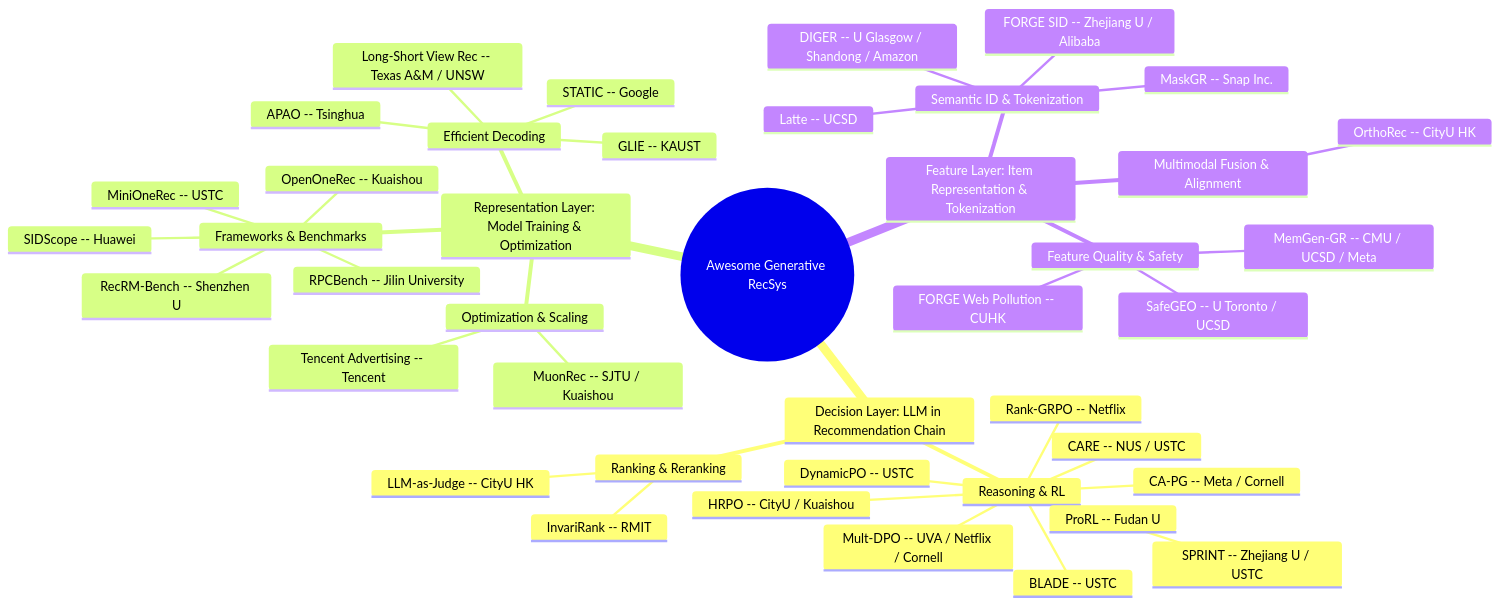
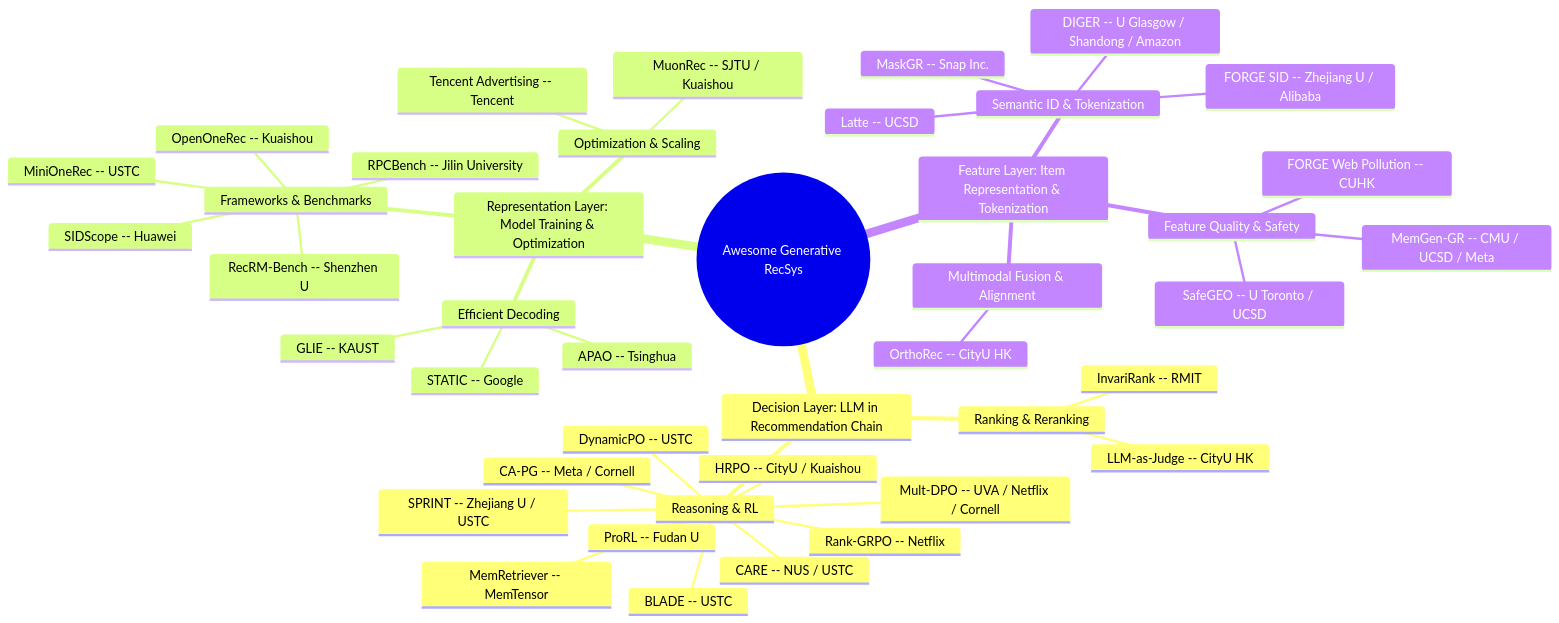
Before and after one commit to HaFred/awesome-generative-recsys: the diagram in README.md, drawn with Mermaid. The commit also changed other lines of this file and 3 other files, not shown here.

Commit message:
feat: Sep 14 — 8 papers (1 opensource): OneLA large-beam decoding (HKU/Kuaishou), Meta generative verifier, ChronicleRec (UNSW/Tencent), MemRetriever (MemTensor)

````diff
--- a/README.md
+++ b/README.md
@@ -30,45 +30,45 @@
 ```mermaid
 mindmap
   root((Awesome Generative RecSys))
     Decision Layer: LLM in Recommendation Chain
       Reasoning & RL
         Rank-GRPO -- Netflix
         DynamicPO -- USTC
         BLADE -- USTC
         SPRINT -- Zhejiang U / USTC
         CARE -- NUS / USTC
         HRPO -- CityU / Kuaishou
         Mult-DPO -- UVA / Netflix / Cornell
         CA-PG -- Meta / Cornell
         ProRL -- Fudan U
+        MemRetriever -- MemTensor
       Ranking & Reranking
         InvariRank -- RMIT
         LLM-as-Judge -- CityU HK
     Representation Layer: Model Training & Optimization
       Frameworks & Benchmarks
         MiniOneRec -- USTC
         OpenOneRec -- Kuaishou
         RecRM-Bench -- Shenzhen U
         SIDScope -- Huawei
         RPCBench -- Jilin University
       Efficient Decoding
         STATIC -- Google
         APAO -- Tsinghua
-        Long-Short View Rec -- Texas A&M / UNSW
         GLIE -- KAUST
       Optimization & Scaling
         MuonRec -- SJTU / Kuaishou
         Tencent Advertising -- Tencent
     Feature Layer: Item Representation & Tokenization
       Semantic ID & Tokenization
         Latte -- UCSD
         FORGE SID -- Zhejiang U / Alibaba
         DIGER -- U Glasgow / Shandong / Amazon
         MaskGR -- Snap Inc.
       Multimodal Fusion & Alignment
         OrthoRec -- CityU HK
       Feature Quality & Safety
         SafeGEO -- U Toronto / UCSD
         MemGen-GR -- CMU / UCSD / Meta
         FORGE Web Pollution -- CUHK
 ```
````
